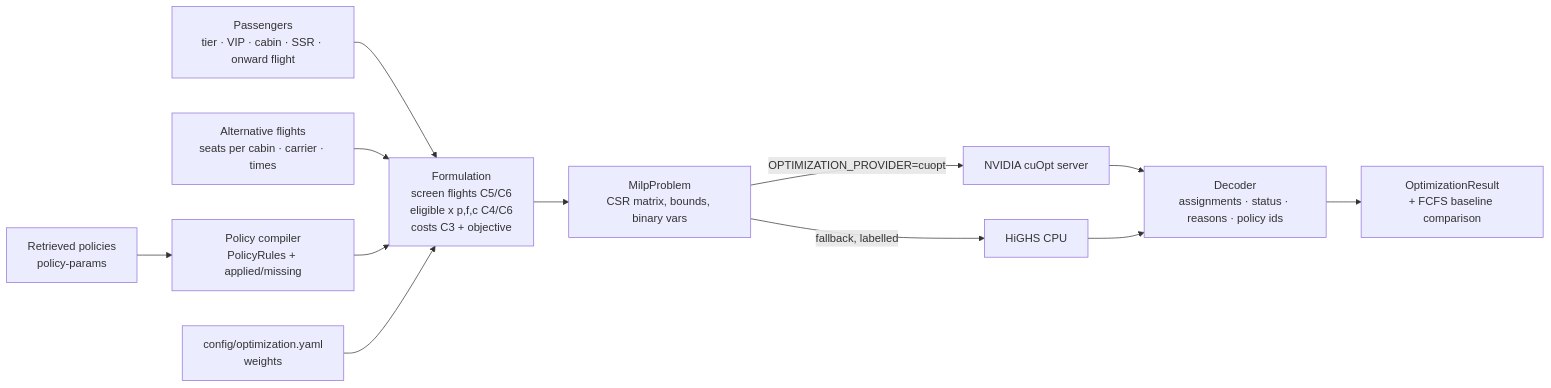
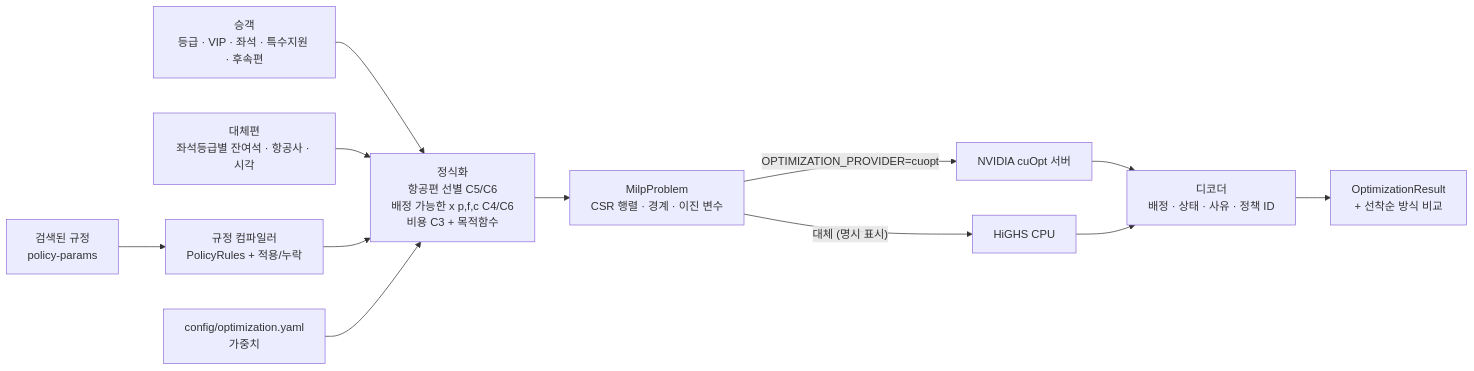
The sixth of 7 diagrams in docs/architecture.md (hyunolike/reroute-irops-agent), drawn with Mermaid before and after one commit. The commit also changed other lines of this file and 2 other files, not shown here.

First line of the commit message:
Korean documentation: README, architecture, AWS deployment guide

````diff
--- a/docs/architecture.md
+++ b/docs/architecture.md
@@ -176,13 +183,13 @@
 ```mermaid
 flowchart LR
-    P[Passengers<br/>tier · VIP · cabin · SSR · onward flight] --> F
-    ALT[Alternative flights<br/>seats per cabin · carrier · times] --> F
-    POL[Retrieved policies<br/>policy-params] --> C[Policy compiler<br/>PolicyRules + applied/missing] --> F
-    W[config/optimization.yaml<br/>weights] --> F
-    F[Formulation<br/>screen flights C5/C6<br/>eligible x p,f,c C4/C6<br/>costs C3 + objective] --> M[MilpProblem<br/>CSR matrix, bounds, binary vars]
-    M -->|OPTIMIZATION_PROVIDER=cuopt| CU[NVIDIA cuOpt server]
-    M -->|fallback, labelled| HI[HiGHS CPU]
-    CU --> D[Decoder<br/>assignments · status · reasons · policy ids]
+    P["승객<br/>등급 · VIP · 좌석 · 특수지원 · 후속편"] --> F
+    ALT["대체편<br/>좌석등급별 잔여석 · 항공사 · 시각"] --> F
+    POL["검색된 규정<br/>policy-params"] --> C["규정 컴파일러<br/>PolicyRules + 적용/누락"] --> F
+    W["config/optimization.yaml<br/>가중치"] --> F
+    F["정식화<br/>항공편 선별 C5/C6<br/>배정 가능한 x p,f,c C4/C6<br/>비용 C3 + 목적함수"] --> M["MilpProblem<br/>CSR 행렬 · 경계 · 이진 변수"]
+    M -->|"OPTIMIZATION_PROVIDER=cuopt"| CU["NVIDIA cuOpt 서버"]
+    M -->|"대체 (명시 표시)"| HI["HiGHS CPU"]
+    CU --> D["디코더<br/>배정 · 상태 · 사유 · 정책 ID"]
     HI --> D
-    D --> R[OptimizationResult<br/>+ FCFS baseline comparison]
+    D --> R["OptimizationResult<br/>+ 선착순 방식 비교"]
 ```
````
